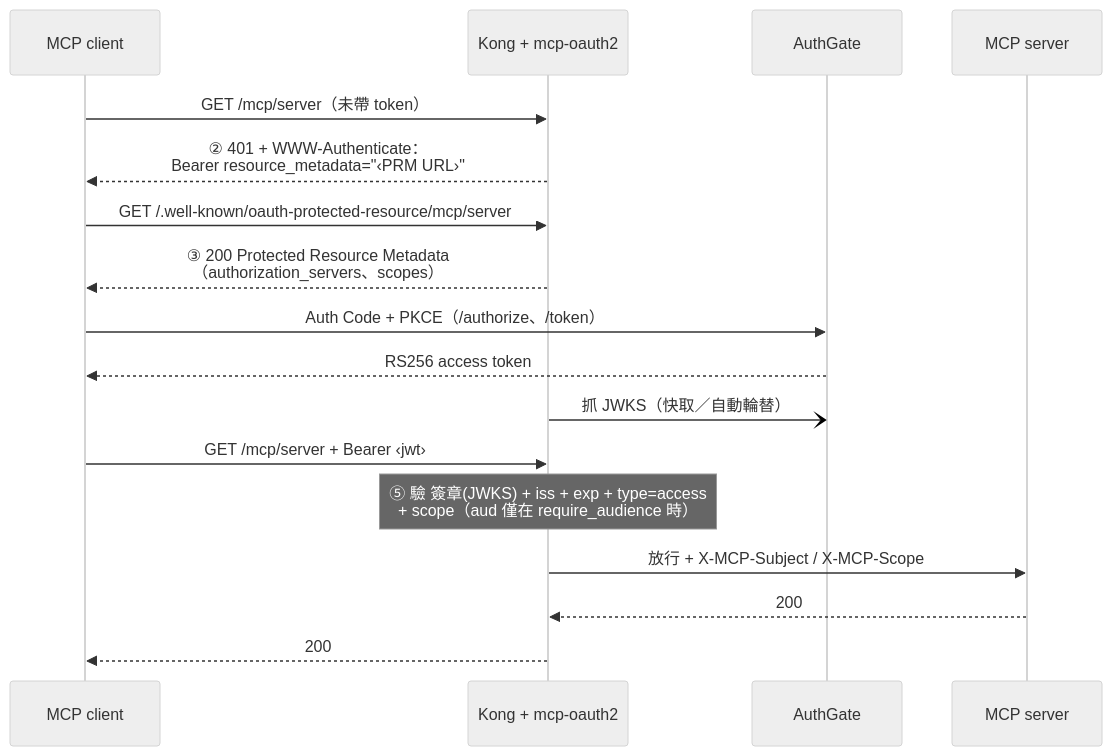
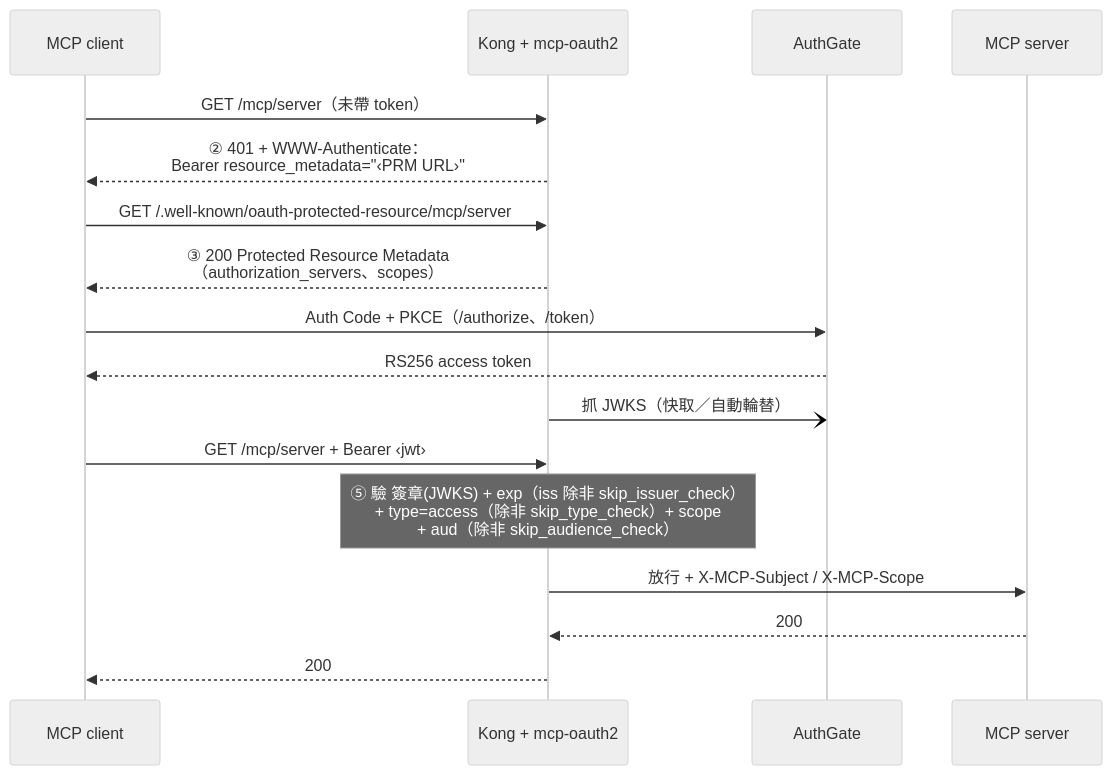
The second of 2 diagrams in README.zh-TW.md (go-authgate/kong-mcp-oauth2), drawn with Mermaid (neutral theme) before and after one commit. The commit also changed other lines of this file and 10 other files, not shown here.

````diff
--- a/README.zh-TW.md
+++ b/README.zh-TW.md
@@ -56,20 +56,20 @@
 ```mermaid
 sequenceDiagram
     participant C as MCP client
     participant K as Kong + mcp-oauth2
     participant A as AuthGate
     participant M as MCP server
 
     C->>K: GET /mcp/server（未帶 token）
     K-->>C: ② 401 + WWW-Authenticate：<br/>Bearer resource_metadata="‹PRM URL›"
     C->>K: GET /.well-known/oauth-protected-resource/mcp/server
     K-->>C: ③ 200 Protected Resource Metadata<br/>（authorization_servers、scopes）
     C->>A: Auth Code + PKCE（/authorize、/token）
     A-->>C: RS256 access token
     K-)A: 抓 JWKS（快取／自動輪替）
     C->>K: GET /mcp/server + Bearer ‹jwt›
-    Note over K: ⑤ 驗 簽章(JWKS) + iss + exp + type=access<br/>+ scope（aud 僅在 require_audience 時）
+    Note over K: ⑤ 驗 簽章(JWKS) + exp（iss 除非 skip_issuer_check）<br/>+ type=access（除非 skip_type_check）+ scope<br/>+ aud（除非 skip_audience_check）
     K->>M: 放行 + X-MCP-Subject / X-MCP-Scope
     M-->>K: 200
     K-->>C: 200
 ```
````
